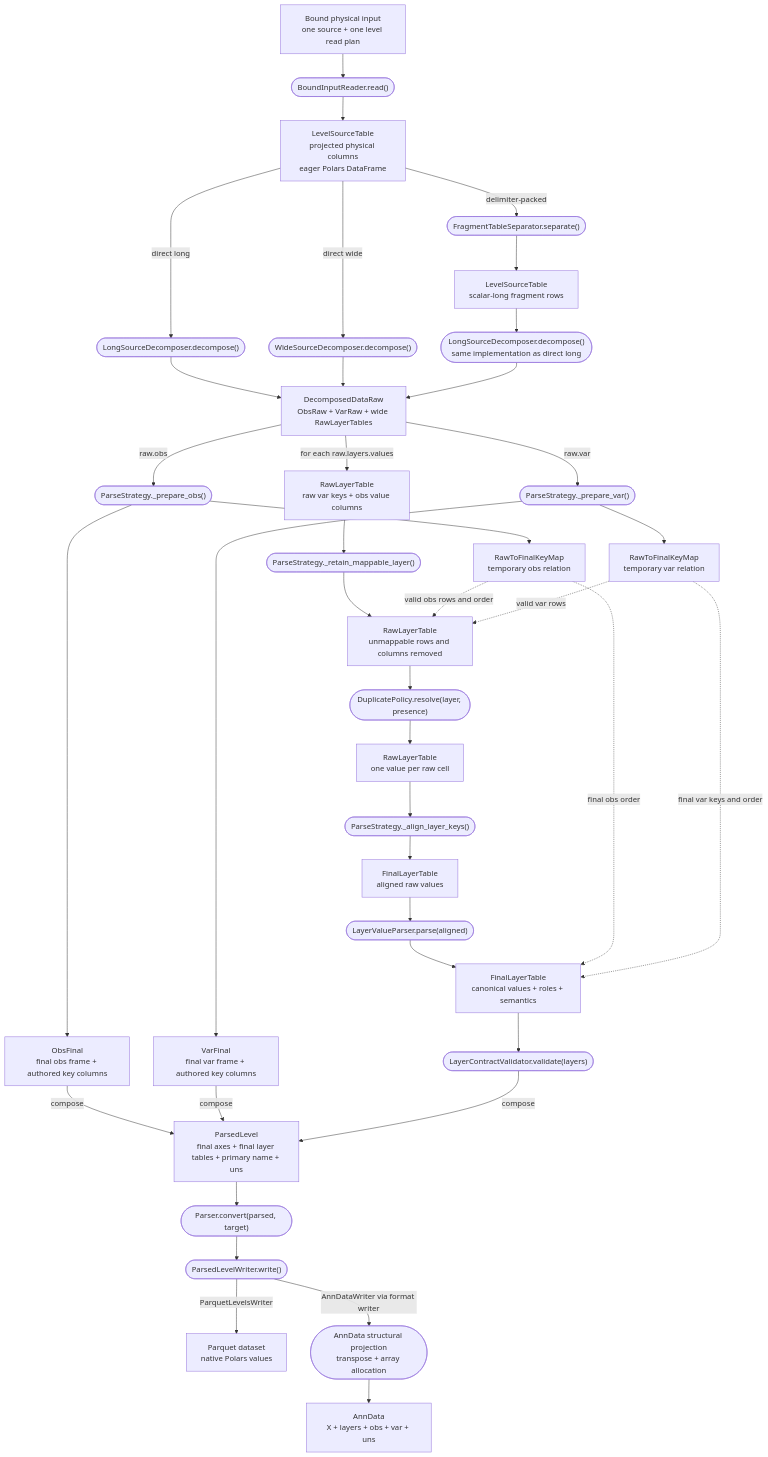
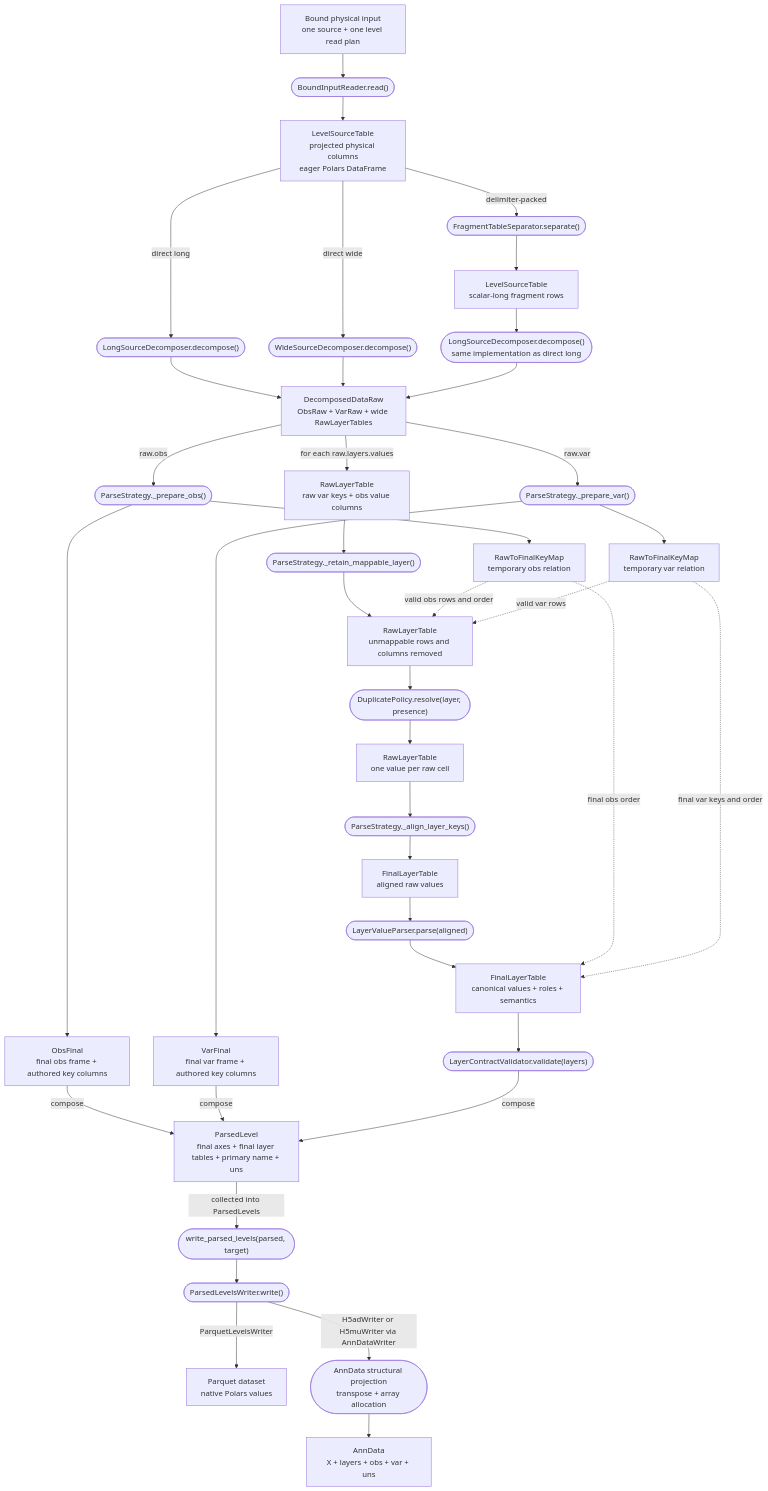
The first of 4 diagrams in docs/architecture_converter.md (anndata-omics-bridge/apb2), drawn with Mermaid before and after one commit. The commit also changed other lines of this file and 30 other files, not shown here.

````diff
--- a/docs/architecture_converter.md
+++ b/docs/architecture_converter.md
@@ -164,57 +164,57 @@
 ```mermaid
 flowchart TB
     BOUND["Bound physical input<br/>one source + one level read plan"]
     READ(["BoundInputReader.read()"])
     SOURCE["LevelSourceTable<br/>projected physical columns<br/>eager Polars DataFrame"]
     LONG(["LongSourceDecomposer.decompose()"])
     WIDE(["WideSourceDecomposer.decompose()"])
     SEP(["FragmentTableSeparator.separate()"])
     SCALAR["LevelSourceTable<br/>scalar-long fragment rows"]
     REUSE(["LongSourceDecomposer.decompose()<br/>same implementation as direct long"])
     RAW["DecomposedDataRaw<br/>ObsRaw + VarRaw + wide RawLayerTables"]
     PREPO(["ParseStrategy._prepare_obs()"])
     PREPV(["ParseStrategy._prepare_var()"])
     OBS["ObsFinal<br/>final obs frame + authored key columns"]
     VAR["VarFinal<br/>final var frame + authored key columns"]
     OMAP["RawToFinalKeyMap<br/>temporary obs relation"]
     VMAP["RawToFinalKeyMap<br/>temporary var relation"]
     RAWL["RawLayerTable<br/>raw var keys + obs value columns"]
     FILTER(["ParseStrategy._retain_mappable_layer()"])
     MAPL["RawLayerTable<br/>unmappable rows and columns removed"]
     DEDUPOP(["DuplicatePolicy.resolve(layer, presence)"])
     DEDUP["RawLayerTable<br/>one value per raw cell"]
     ALIGN(["ParseStrategy._align_layer_keys()"])
     ALIGNED["FinalLayerTable<br/>aligned raw values"]
     VALUES(["LayerValueParser.parse(aligned)"])
     LFINAL["FinalLayerTable<br/>canonical values + roles + semantics"]
     VALIDATE(["LayerContractValidator.validate(layers)"])
     RESULT["ParsedLevel<br/>final axes + final layer tables + primary name + uns"]
-    CONVERT(["Parser.convert(parsed, target)"])
-    WRITER(["ParsedLevelWriter.write()"])
+    CONVERT(["write_parsed_levels(parsed, target)"])
+    WRITER(["ParsedLevelsWriter.write()"])
     PARQUET["Parquet dataset<br/>native Polars values"]
     ENCODE(["AnnData structural projection<br/>transpose + array allocation"])
     ADATA["AnnData<br/>X + layers + obs + var + uns"]
 
     BOUND --> READ --> SOURCE
     SOURCE -->|"direct long"| LONG --> RAW
     SOURCE -->|"direct wide"| WIDE --> RAW
     SOURCE -->|"delimiter-packed"| SEP --> SCALAR --> REUSE --> RAW
     RAW -->|"raw.obs"| PREPO --> OBS
     PREPO --> OMAP
     RAW -->|"raw.var"| PREPV --> VAR
     PREPV --> VMAP
     RAW -->|"for each raw.layers.values"| RAWL
     RAWL --> FILTER --> MAPL
     OMAP -.->|"valid obs rows and order"| MAPL
     VMAP -.->|"valid var rows"| MAPL
     MAPL --> DEDUPOP --> DEDUP
     DEDUP --> ALIGN --> ALIGNED --> VALUES --> LFINAL
     OMAP -.->|"final obs order"| LFINAL
     VMAP -.->|"final var keys and order"| LFINAL
     OBS -->|"compose"| RESULT
     VAR -->|"compose"| RESULT
     LFINAL --> VALIDATE -->|"compose"| RESULT
-    RESULT --> CONVERT --> WRITER
+    RESULT -->|"collected into ParsedLevels"| CONVERT --> WRITER
     WRITER -->|"ParquetLevelsWriter"| PARQUET
-    WRITER -->|"AnnDataWriter via format writer"| ENCODE --> ADATA
+    WRITER -->|"H5adWriter or H5muWriter via AnnDataWriter"| ENCODE --> ADATA
 ```
````
